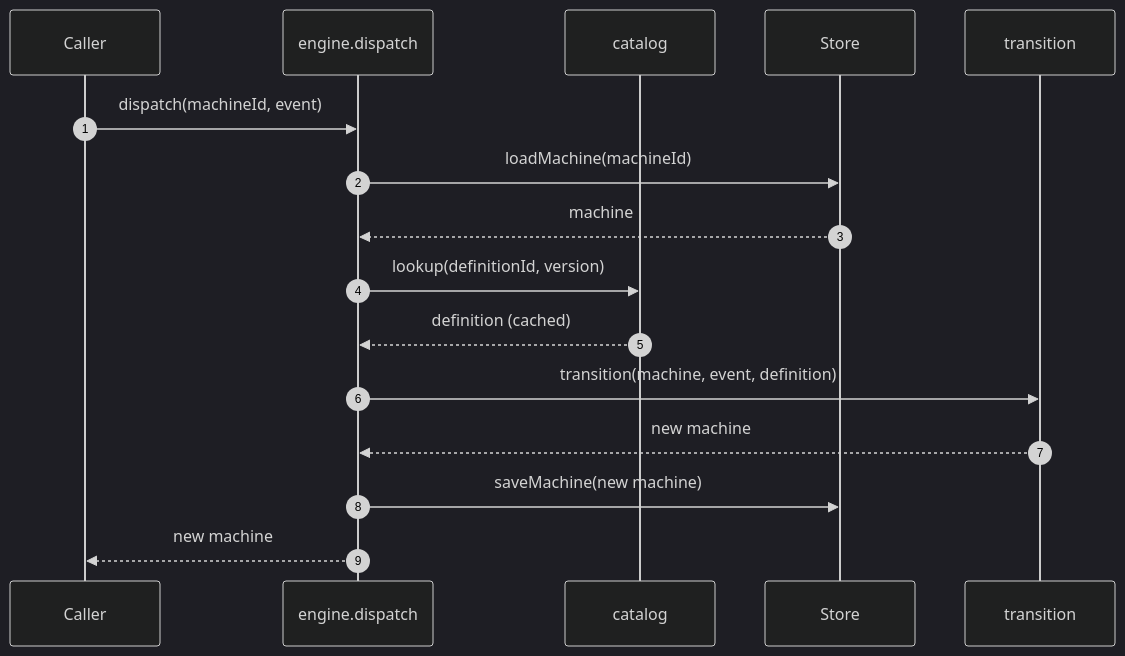
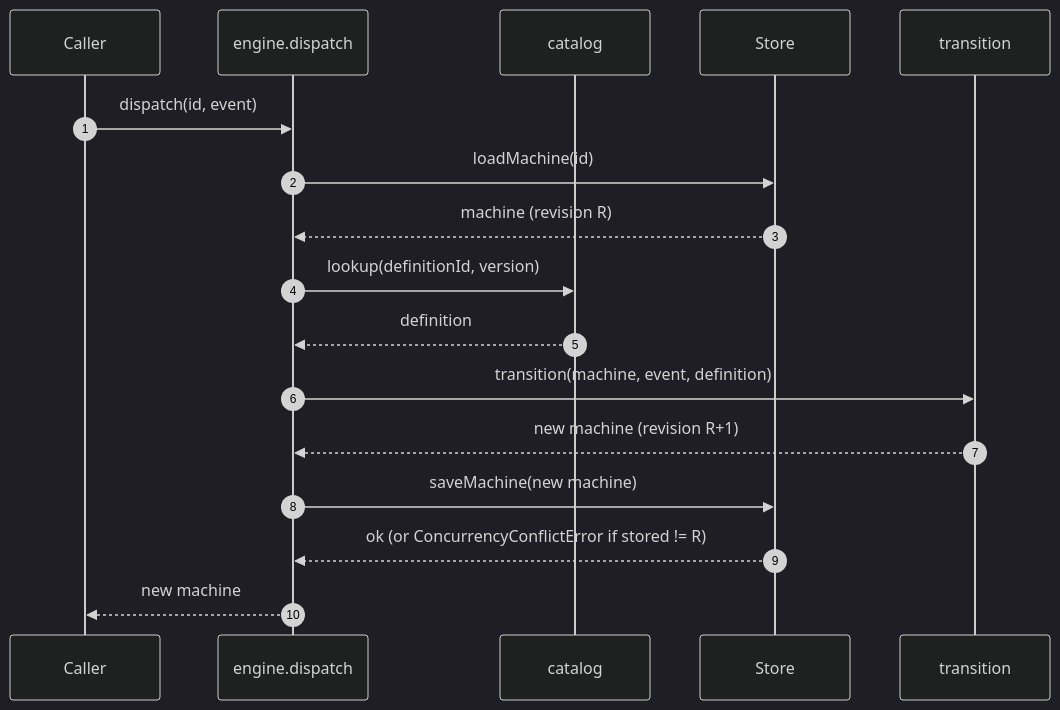
Before and after one commit to foreman-lab/handbook: the second of 3 diagrams in architecture.md, drawn with Mermaid (dark theme). The commit also changed other lines of this file, not shown here.

First line of the commit message:
docs: polish state machine module (#8)

````diff
--- a/architecture.md
+++ b/architecture.md
@@ -276,19 +309,20 @@
 ```mermaid
 sequenceDiagram
     autonumber
     participant C as Caller
     participant E as engine.dispatch
     participant Cat as catalog
     participant S as Store
     participant Dom as transition
 
-    C->>E: dispatch(machineId, event)
-    E->>S: loadMachine(machineId)
-    S-->>E: machine
+    C->>E: dispatch(id, event)
+    E->>S: loadMachine(id)
+    S-->>E: machine (revision R)
     E->>Cat: lookup(definitionId, version)
-    Cat-->>E: definition (cached)
+    Cat-->>E: definition
     E->>Dom: transition(machine, event, definition)
-    Dom-->>E: new machine
+    Dom-->>E: new machine (revision R+1)
     E->>S: saveMachine(new machine)
+    S-->>E: ok (or ConcurrencyConflictError if stored != R)
     E-->>C: new machine
 ```
````
